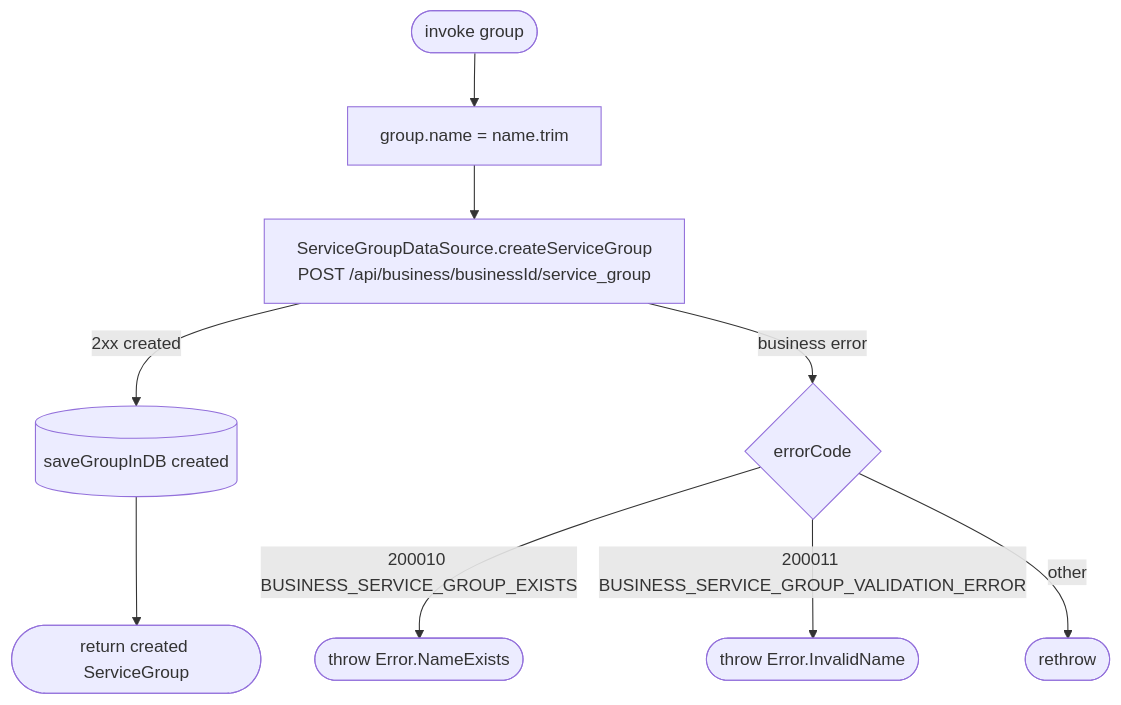
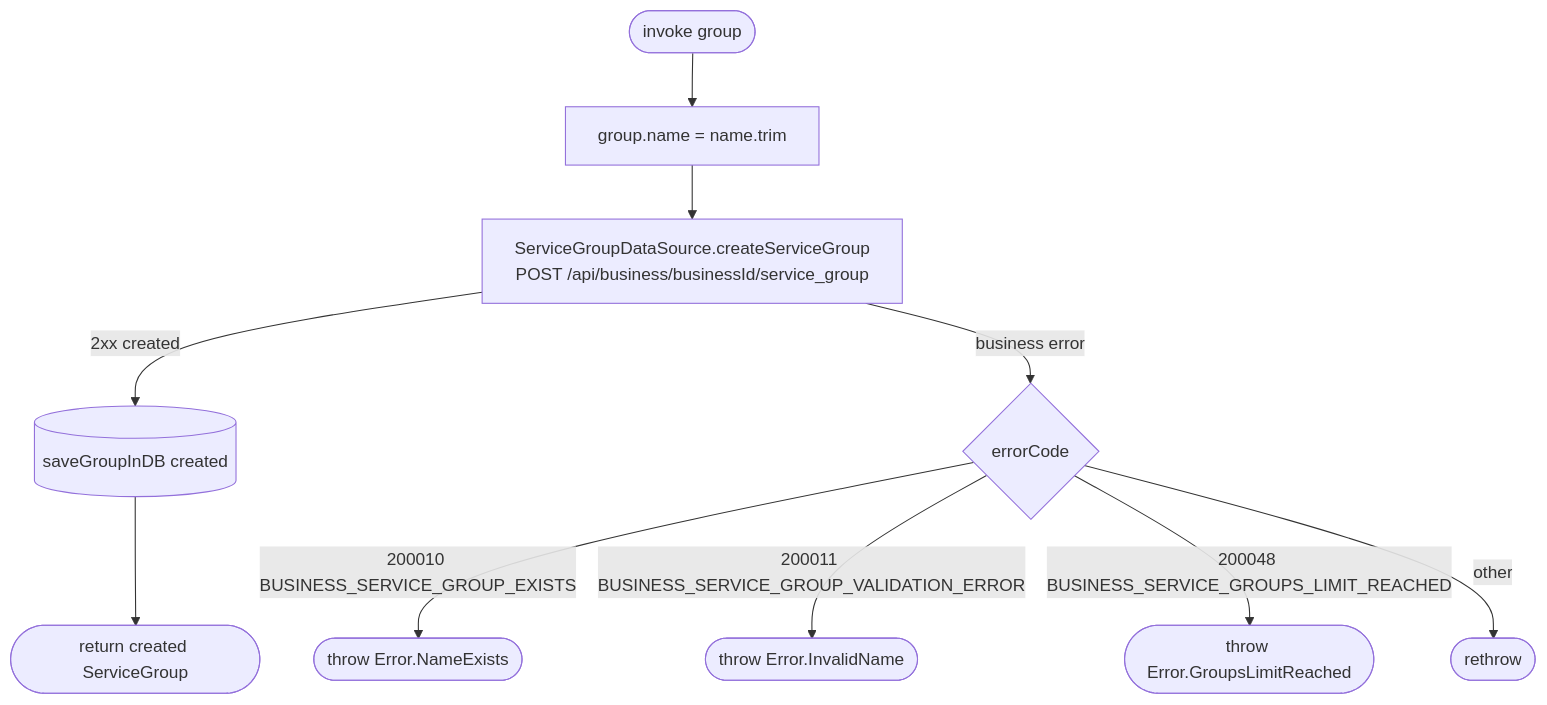
Before and after one commit to nocturneproperties/bookkme-client: the diagram in docs/operations/services/create-service-group.md, drawn with Mermaid. The commit also changed other lines of this file and 91 other files, not shown here.

````diff
--- a/docs/operations/services/create-service-group.md
+++ b/docs/operations/services/create-service-group.md
@@ -10,11 +11,12 @@
 ```mermaid
 flowchart TD
     Start([invoke group]) --> Trim[group.name = name.trim]
     Trim --> Net[ServiceGroupDataSource.createServiceGroup<br/>POST /api/business/businessId/service_group]
     Net -- 2xx created --> Save[(saveGroupInDB created)]
     Save --> R([return created ServiceGroup])
     Net -- business error --> Code{errorCode}
     Code -- 200010 BUSINESS_SERVICE_GROUP_EXISTS --> E1([throw Error.NameExists])
     Code -- 200011 BUSINESS_SERVICE_GROUP_VALIDATION_ERROR --> E2([throw Error.InvalidName])
+    Code -- 200048 BUSINESS_SERVICE_GROUPS_LIMIT_REACHED --> E3([throw Error.GroupsLimitReached])
     Code -- other --> EX([rethrow])
 ```
````
